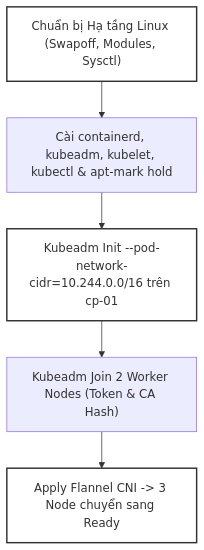
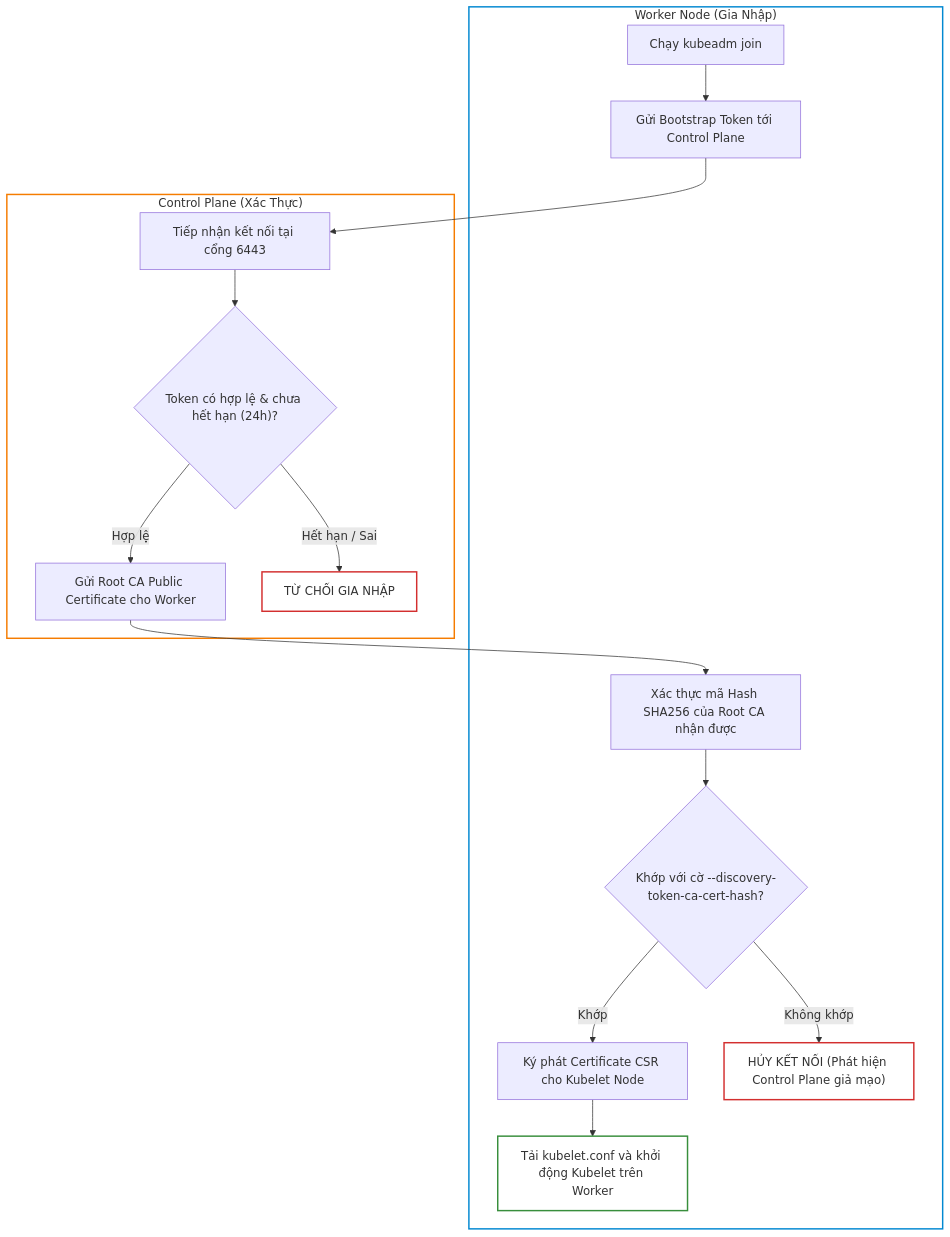
The third of 5 diagrams in _posts/2026-09-12-cka-06-06-kubeadm-dung-cum-tu-so-0.md (kiennt308/ntk), drawn with Mermaid before and after one commit. The commit also changed other lines of this file and 39 other files, not shown here.

````diff
--- a/_posts/2026-09-12-cka-06-06-kubeadm-dung-cum-tu-so-0.md
+++ b/_posts/2026-09-12-cka-06-06-kubeadm-dung-cum-tu-so-0.md
@@ -363,11 +128,25 @@
 ```mermaid
-graph TD
-    A["Chuẩn bị Hạ tầng Linux (Swapoff, Modules, Sysctl)"] --> B["Cài containerd, kubeadm, kubelet, kubectl & apt-mark hold"]
-    B --> C["Kubeadm Init --pod-network-cidr=10.244.0.0/16 trên cp-01"]
-    C --> D["Kubeadm Join 2 Worker Nodes (Token & CA Hash)"]
-    D --> E["Apply Flannel CNI -> 3 Node chuyển sang Ready"]
+flowchart TD
+    subgraph Worker_Node ["Worker Node (Gia Nhập)"]
+        W1["Chạy kubeadm join"] --> W2["Gửi Bootstrap Token tới Control Plane"]
+        W4["Xác thực mã Hash SHA256 của Root CA nhận được"] --> W5{"Khớp với cờ --discovery-token-ca-cert-hash?"}
+        W5 -- "Khớp" --> W6["Ký phát Certificate CSR cho Kubelet Node"]
+        W5 -- "Không khớp" --> W7["HỦY KẾT NỐI (Phát hiện Control Plane giả mạo)"]
+        W6 --> W8["Tải kubelet.conf và khởi động Kubelet trên Worker"]
+    end
 
-    style A fill:none,stroke:#333,stroke-width:2px
-    style C fill:none,stroke:#333,stroke-width:2px
-    style E fill:none,stroke:#333,stroke-width:2px
+    subgraph Control_Plane ["Control Plane (Xác Thực)"]
+        C1["Tiếp nhận kết nối tại cổng 6443"] --> C2{"Token có hợp lệ & chưa hết hạn (24h)?"}
+        C2 -- "Hợp lệ" --> C3["Gửi Root CA Public Certificate cho Worker"]
+        C2 -- "Hết hạn / Sai" --> C4["TỪ CHỐI GIA NHẬP"]
+    end
+
+    W2 --> C1
+    C3 --> W4
+
+    style Worker_Node fill:none,stroke:#0288d1,stroke-width:2px
+    style Control_Plane fill:none,stroke:#f57c00,stroke-width:2px
+    style W7 fill:none,stroke:#d32f2f,stroke-width:2px
+    style C4 fill:none,stroke:#d32f2f,stroke-width:2px
+    style W8 fill:none,stroke:#388e3c,stroke-width:2px
 ```
````
